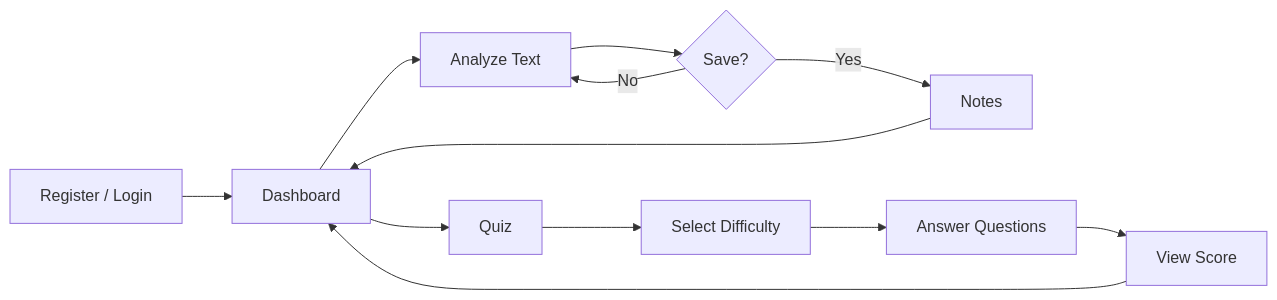
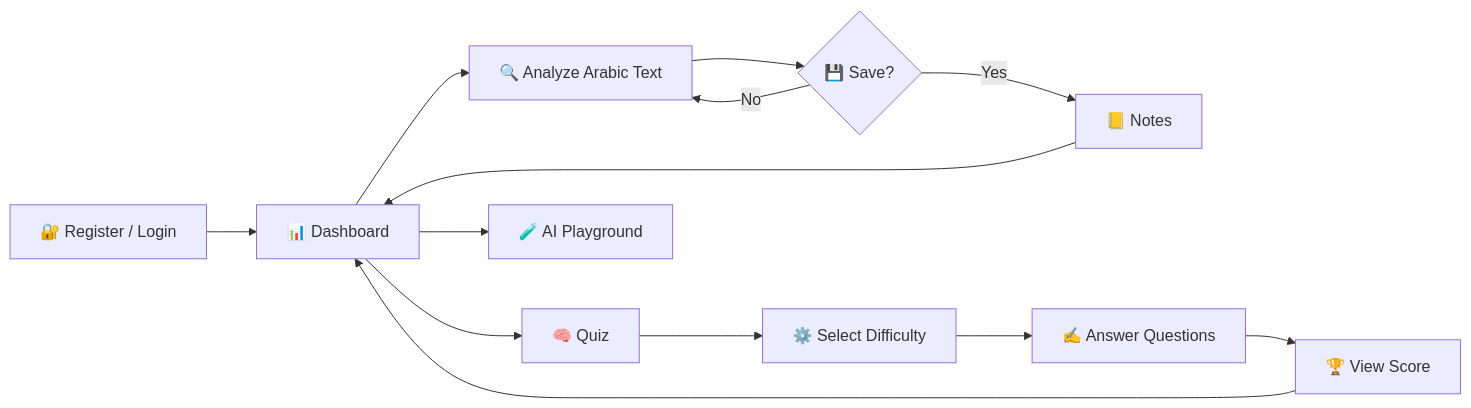
Before and after one commit to ghufron99119/Qawaid-AI: the third of 3 diagrams in README.md, drawn with Mermaid. The commit also changed other lines of this file, not shown here.

````diff
--- a/README.md
+++ b/README.md
@@ -309,14 +354,15 @@
 ```mermaid
 flowchart LR
-    A[Register / Login] --> B[Dashboard]
-    B --> C[Analyze Text]
-    C --> D{Save?}
-    D -->|Yes| E[Notes]
+    A["🔐 Register / Login"] --> B["📊 Dashboard"]
+    B --> C["🔍 Analyze Arabic Text"]
+    C --> D{"💾 Save?"}
+    D -->|Yes| E["📒 Notes"]
     D -->|No| C
-    B --> F[Quiz]
-    F --> G[Select Difficulty]
-    G --> H[Answer Questions]
-    H --> I[View Score]
+    B --> F["🧠 Quiz"]
+    F --> G["⚙️ Select Difficulty"]
+    G --> H["✍️ Answer Questions"]
+    H --> I["🏆 View Score"]
     I --> B
     E --> B
+    B --> J["🧪 AI Playground"]
 ```
````
